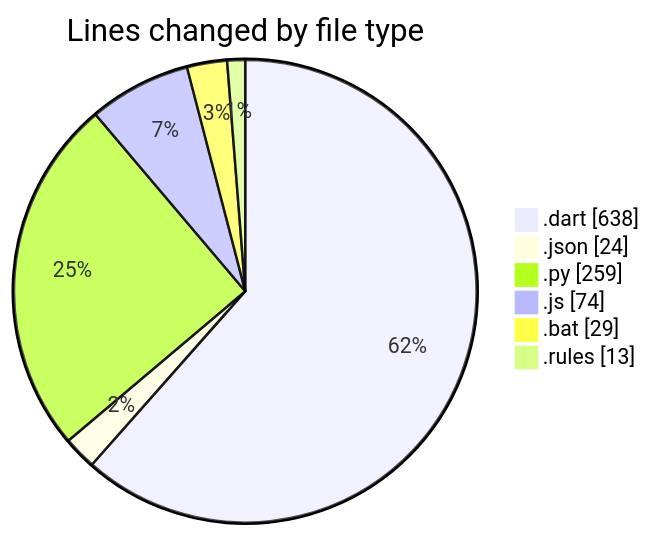
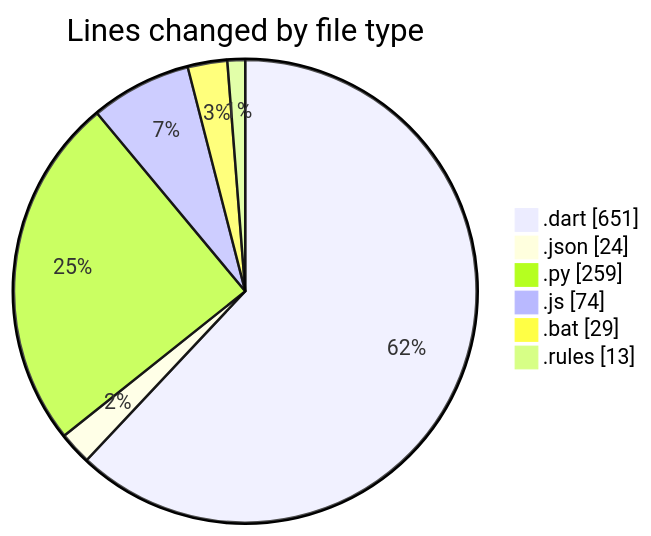
Before and after one commit to lephambinh05/code-tracking: the first of 2 diagrams in 2025-08-04/studybuddy/README.md, drawn with Mermaid. The commit also changed other lines of this file and 1 other file, not shown here.

````diff
--- a/2025-08-04/studybuddy/README.md
+++ b/2025-08-04/studybuddy/README.md
@@ -34,10 +34,10 @@
 ```mermaid
 pie showData
 title Lines changed by file type
-".dart" : 638
+".dart" : 651
 ".json" : 24
 ".py" : 259
 ".js" : 74
 ".bat" : 29
 ".rules" : 13
 ```
````
